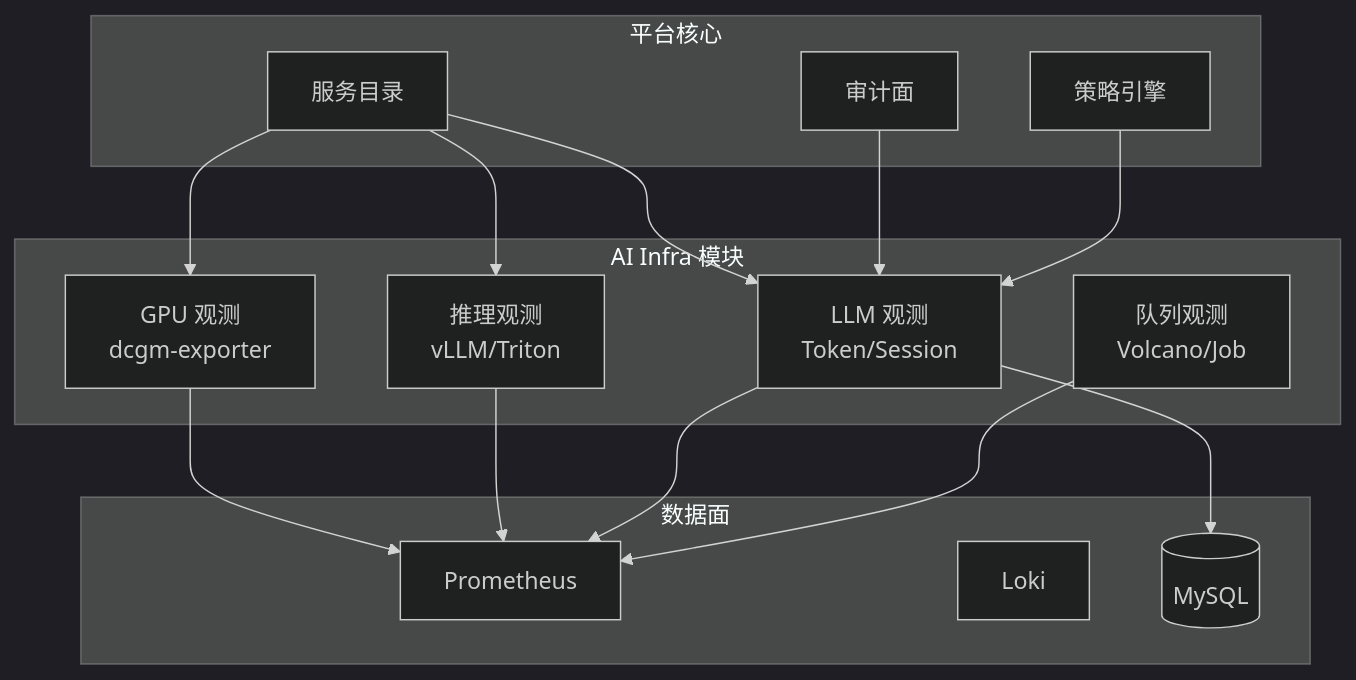
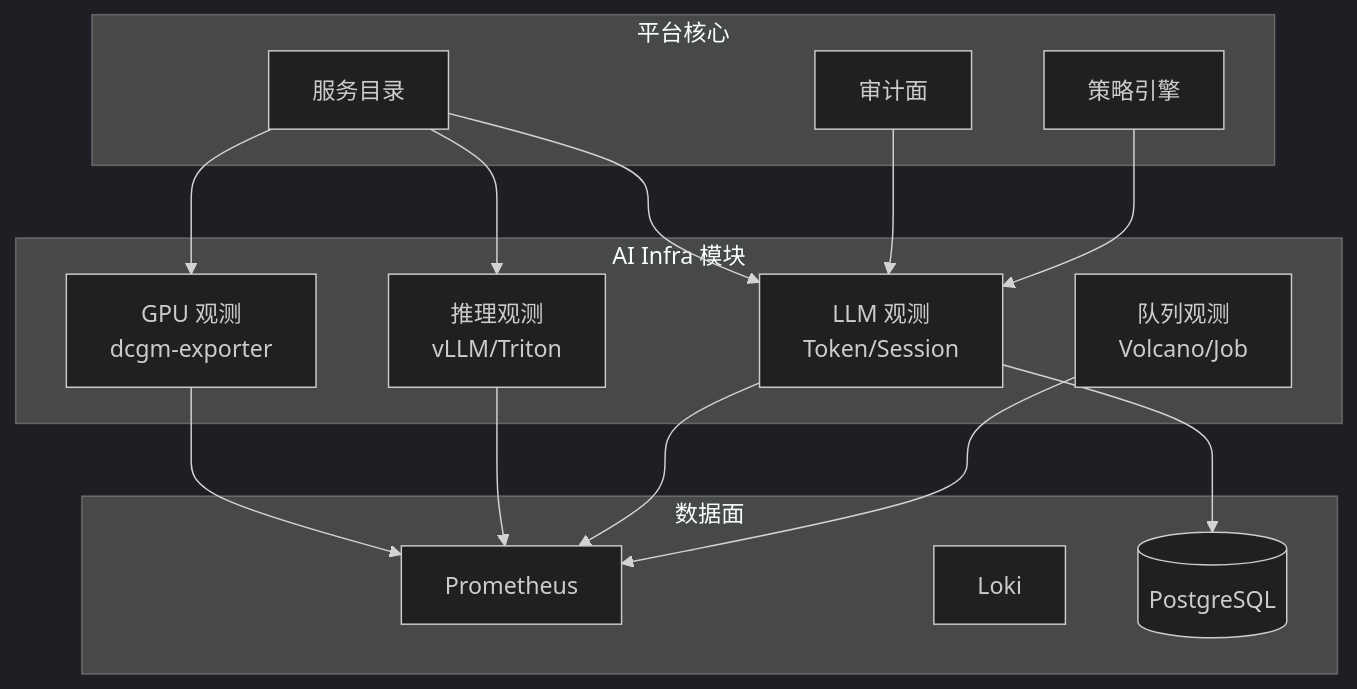
One commit to NOOBincode/cloud-agent-monitor changed the first of 5 diagrams in docs/ai-infra-module-analysis.md. Above: the diagram before and after it, drawn with Mermaid (dark theme). The commit also changed other lines of this file and 97 other files, not shown here.

````diff
--- a/docs/ai-infra-module-analysis.md
+++ b/docs/ai-infra-module-analysis.md
@@ -34,34 +34,34 @@
 ```mermaid
 flowchart TB
     subgraph aiinfra [AI Infra 模块]
         GPU[GPU 观测<br/>dcgm-exporter]
         Inference[推理观测<br/>vLLM/Triton]
         LLM[LLM 观测<br/>Token/Session]
         Queue[队列观测<br/>Volcano/Job]
     end
     
     subgraph platform [平台核心]
         Catalog[服务目录]
         Audit[审计面]
         Policy[策略引擎]
     end
     
     subgraph data [数据面]
         Prom[Prometheus]
         Loki[Loki]
-        MySQL[(MySQL)]
+        PG[(PostgreSQL)]
     end
-    
+
     GPU --> Prom
     Inference --> Prom
     LLM --> Prom
-    LLM --> MySQL
+    LLM --> PG
     Queue --> Prom
     
     Catalog --> GPU
     Catalog --> Inference
     Catalog --> LLM
     
     Audit --> LLM
     Policy --> LLM
 ```
````
